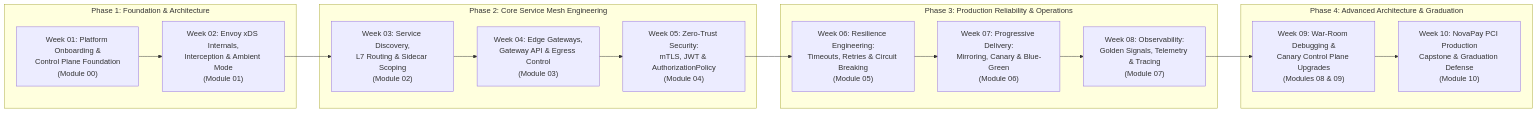
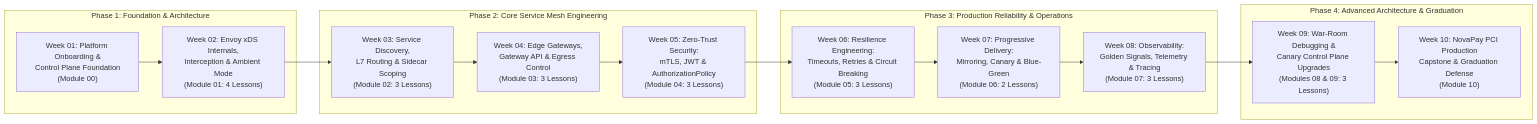
The diagram in FELLOWSHIP_HANDBOOK.md (chan3845/Istio), drawn with Mermaid before and after one commit. The commit also changed other lines of this file and 56 other files, not shown here.

````diff
--- a/FELLOWSHIP_HANDBOOK.md
+++ b/FELLOWSHIP_HANDBOOK.md
@@ -41,26 +64,26 @@
 ```mermaid
 flowchart LR
     subgraph P1["Phase 1: Foundation & Architecture"]
         W1["Week 01: Platform Onboarding &<br/>Control Plane Foundation<br/>(Module 00)"]
-        W2["Week 02: Envoy xDS Internals,<br/>Interception & Ambient Mode<br/>(Module 01)"]
+        W2["Week 02: Envoy xDS Internals,<br/>Interception & Ambient Mode<br/>(Module 01: 4 Lessons)"]
     end
 
     subgraph P2["Phase 2: Core Service Mesh Engineering"]
-        W3["Week 03: Service Discovery,<br/>L7 Routing & Sidecar Scoping<br/>(Module 02)"]
-        W4["Week 04: Edge Gateways,<br/>Gateway API & Egress Control<br/>(Module 03)"]
-        W5["Week 05: Zero-Trust Security:<br/>mTLS, JWT & AuthorizationPolicy<br/>(Module 04)"]
+        W3["Week 03: Service Discovery,<br/>L7 Routing & Sidecar Scoping<br/>(Module 02: 3 Lessons)"]
+        W4["Week 04: Edge Gateways,<br/>Gateway API & Egress Control<br/>(Module 03: 3 Lessons)"]
+        W5["Week 05: Zero-Trust Security:<br/>mTLS, JWT & AuthorizationPolicy<br/>(Module 04: 3 Lessons)"]
     end
 
     subgraph P3["Phase 3: Production Reliability & Operations"]
-        W6["Week 06: Resilience Engineering:<br/>Timeouts, Retries & Circuit Breaking<br/>(Module 05)"]
-        W7["Week 07: Progressive Delivery:<br/>Mirroring, Canary & Blue-Green<br/>(Module 06)"]
-        W8["Week 08: Observability:<br/>Golden Signals, Telemetry & Tracing<br/>(Module 07)"]
+        W6["Week 06: Resilience Engineering:<br/>Timeouts, Retries & Circuit Breaking<br/>(Module 05: 3 Lessons)"]
+        W7["Week 07: Progressive Delivery:<br/>Mirroring, Canary & Blue-Green<br/>(Module 06: 2 Lessons)"]
+        W8["Week 08: Observability:<br/>Golden Signals, Telemetry & Tracing<br/>(Module 07: 3 Lessons)"]
     end
 
     subgraph P4["Phase 4: Advanced Architecture & Graduation"]
-        W9["Week 09: War-Room Debugging &<br/>Canary Control Plane Upgrades<br/>(Modules 08 & 09)"]
+        W9["Week 09: War-Room Debugging &<br/>Canary Control Plane Upgrades<br/>(Modules 08 & 09: 3 Lessons)"]
         W10["Week 10: NovaPay PCI Production<br/>Capstone & Graduation Defense<br/>(Module 10)"]
     end
 
     W1 --> W2 --> W3 --> W4 --> W5 --> W6 --> W7 --> W8 --> W9 --> W10
 ```
````
